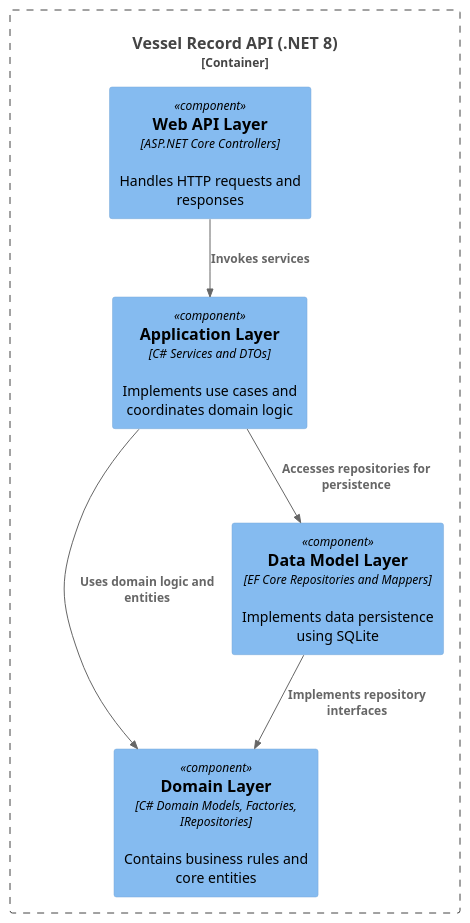
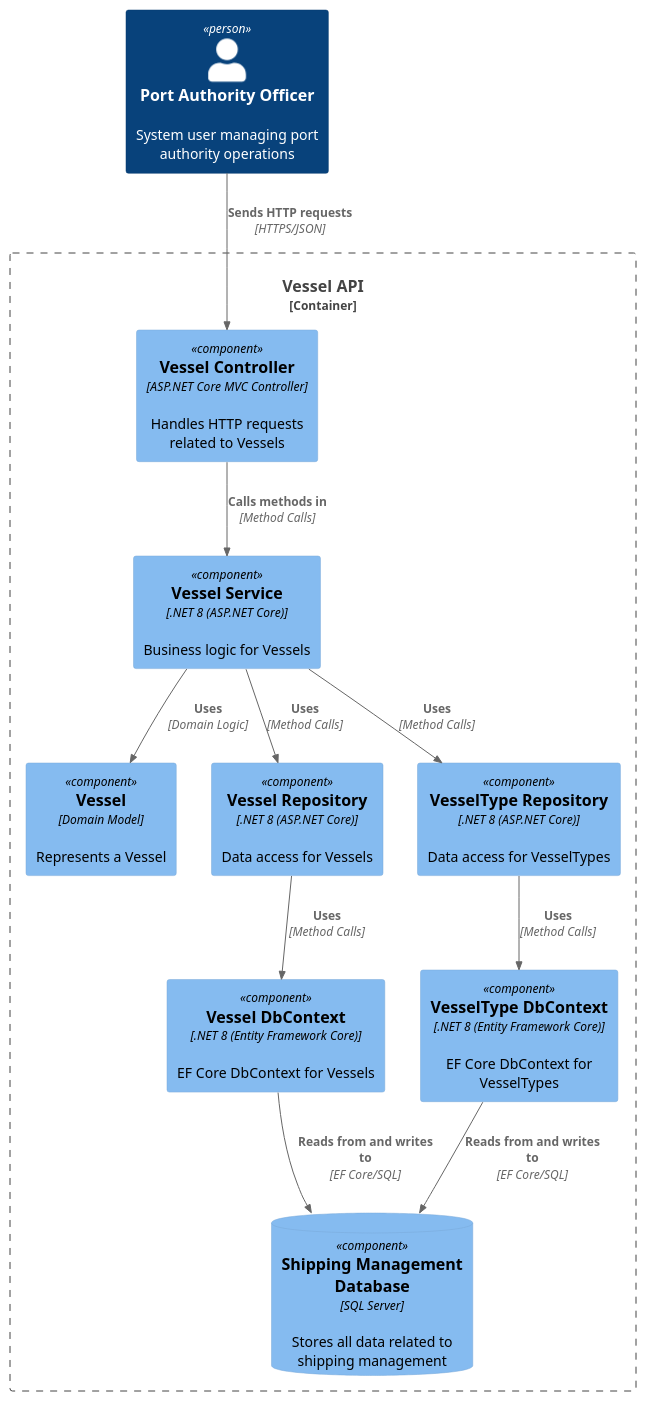
The diagram in docs/sprintA/us2.2.2/diagrams/components_lvl3.puml (rubenFreitas1/ISEP-LAPR5-2025-2026), drawn with PlantUML before and after one commit. The commit also changed 14 other files, not shown here.

```diff
--- a/docs/sprintA/us2.2.2/diagrams/components_lvl3.puml
+++ b/docs/sprintA/us2.2.2/diagrams/components_lvl3.puml
@@ -1,16 +1,35 @@
-@startuml VesselRecordComponents
+@startuml Vessels
+!include https://raw.githubusercontent.com/plantuml-stdlib/C4-PlantUML/master/C4_Container.puml
 !include https://raw.githubusercontent.com/plantuml-stdlib/C4-PlantUML/master/C4_Component.puml
 
-Container_Boundary(api, "Vessel Record API (.NET 8)") {
-    Component(web_api, "Web API Layer", "ASP.NET Core Controllers", "Handles HTTP requests and responses")
-    Component(application, "Application Layer", "C# Services and DTOs", "Implements use cases and coordinates domain logic")
-    Component(domain, "Domain Layer", "C# Domain Models, Factories, IRepositories", "Contains business rules and core entities")
-    Component(data_model, "Data Model Layer", "EF Core Repositories and Mappers", "Implements data persistence using SQLite")
+Person(PAO, "Port Authority Officer", "System user managing port authority operations")
+
+Container_Boundary(vesselapi, "Vessel API") {
+    Component(VesselRecordController, "Vessel Controller", "ASP.NET Core MVC Controller", "Handles HTTP requests related to Vessels")
+    Component(VesselRecordService, "Vessel Service", ".NET 8 (ASP.NET Core)", "Business logic for Vessels")
+    Component(Vessel, "Vessel", "Domain Model", "Represents a Vessel")
+    Component(VesselRecordRepository, "Vessel Repository", ".NET 8 (ASP.NET Core)", "Data access for Vessels")
+    Component(VesselRecordDbContext, "Vessel DbContext", ".NET 8 (Entity Framework Core)", "EF Core DbContext for Vessels")
+    ComponentDb(db, "Shipping Management Database", "SQL Server", "Stores all data related to shipping management")
+
+    Component(VesselTypeRepository, "VesselType Repository", ".NET 8 (ASP.NET Core)", "Data access for VesselTypes")
+    Component(VesselTypeDbContext, "VesselType DbContext", ".NET 8 (Entity Framework Core)", "EF Core DbContext for VesselTypes")
 }
 
-Rel(web_api, application, "Invokes services")
-Rel(application, domain, "Uses domain logic and entities")
-Rel(application, data_model, "Accesses repositories for persistence")
-Rel(data_model, domain, "Implements repository interfaces")
+
+VesselRecordService -[hidden]right-> Vessel
+VesselRecordRepository -[hidden]right-> VesselRecordDbContext
+
+
+Rel(PAO, VesselRecordController, "Sends HTTP requests", "HTTPS/JSON")
+Rel(VesselRecordController, VesselRecordService, "Calls methods in", "Method Calls")
+Rel(VesselRecordService, Vessel, "Uses", "Domain Logic")
+Rel(VesselRecordService, VesselRecordRepository, "Uses", "Method Calls")
+Rel(VesselRecordRepository, VesselRecordDbContext, "Uses", "Method Calls")
+Rel(VesselRecordDbContext, db, "Reads from and writes to", "EF Core/SQL")
+
+Rel(VesselRecordService, VesselTypeRepository, "Uses", "Method Calls")
+Rel(VesselTypeRepository, VesselTypeDbContext, "Uses", "Method Calls")
+Rel(VesselTypeDbContext, db, "Reads from and writes to", "EF Core/SQL")
 
 @enduml
```
